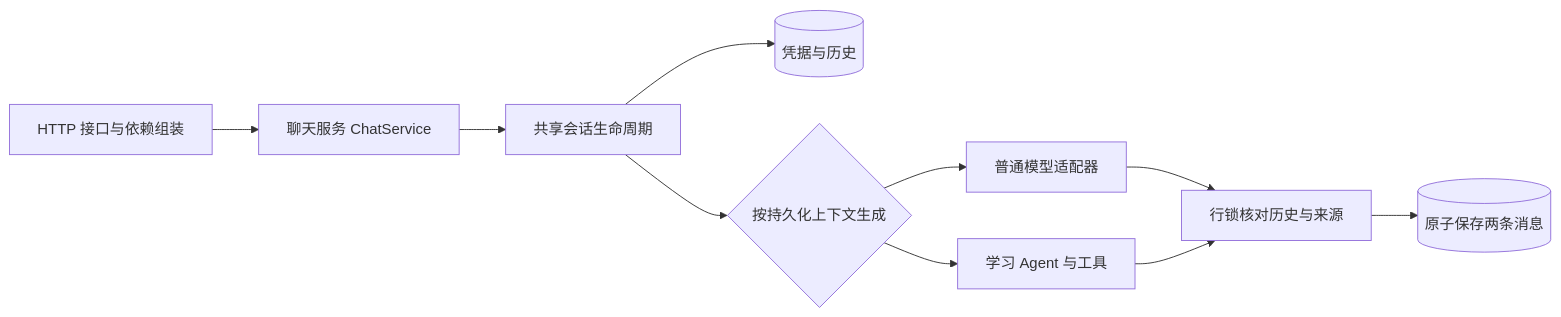
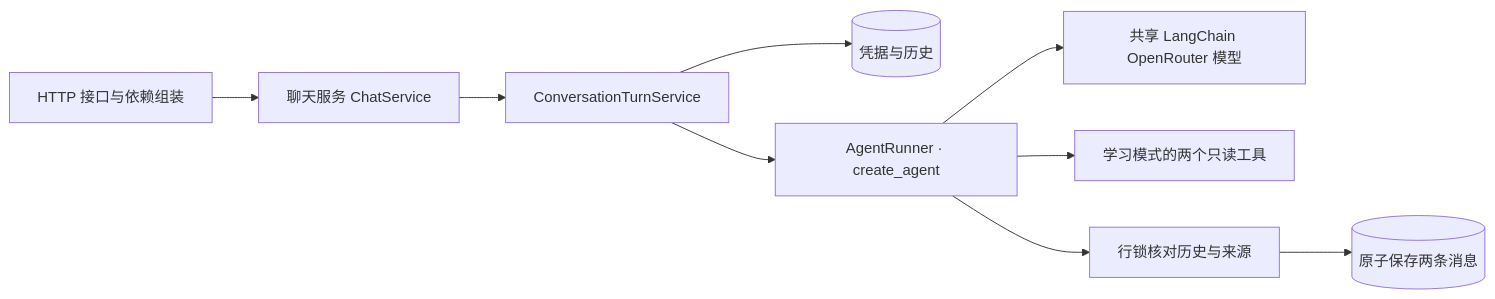
The diagram in README.md (byxsssn/ai-workspace), drawn with Mermaid before and after one commit. The commit also changed other lines of this file and 33 other files, not shown here.

````diff
--- a/README.md
+++ b/README.md
@@ -163,12 +167,11 @@
 ```mermaid
 flowchart LR
     API[HTTP 接口与依赖组装] --> Chat[聊天服务 ChatService]
-    Chat --> Turn[共享会话生命周期]
+    Chat --> Turn[ConversationTurnService]
     Turn --> DB[(凭据与历史)]
-    Turn --> Generate{按持久化上下文生成}
-    Generate --> Ordinary[普通模型适配器]
-    Generate --> Agent[学习 Agent 与工具]
-    Ordinary --> Save[行锁核对历史与来源]
-    Agent --> Save
+    Turn --> Runner[AgentRunner · create_agent]
+    Runner --> Model[共享 LangChain OpenRouter 模型]
+    Runner --> Tools[学习模式的两个只读工具]
+    Runner --> Save[行锁核对历史与来源]
     Save --> Messages[(原子保存两条消息)]
 ```
````
